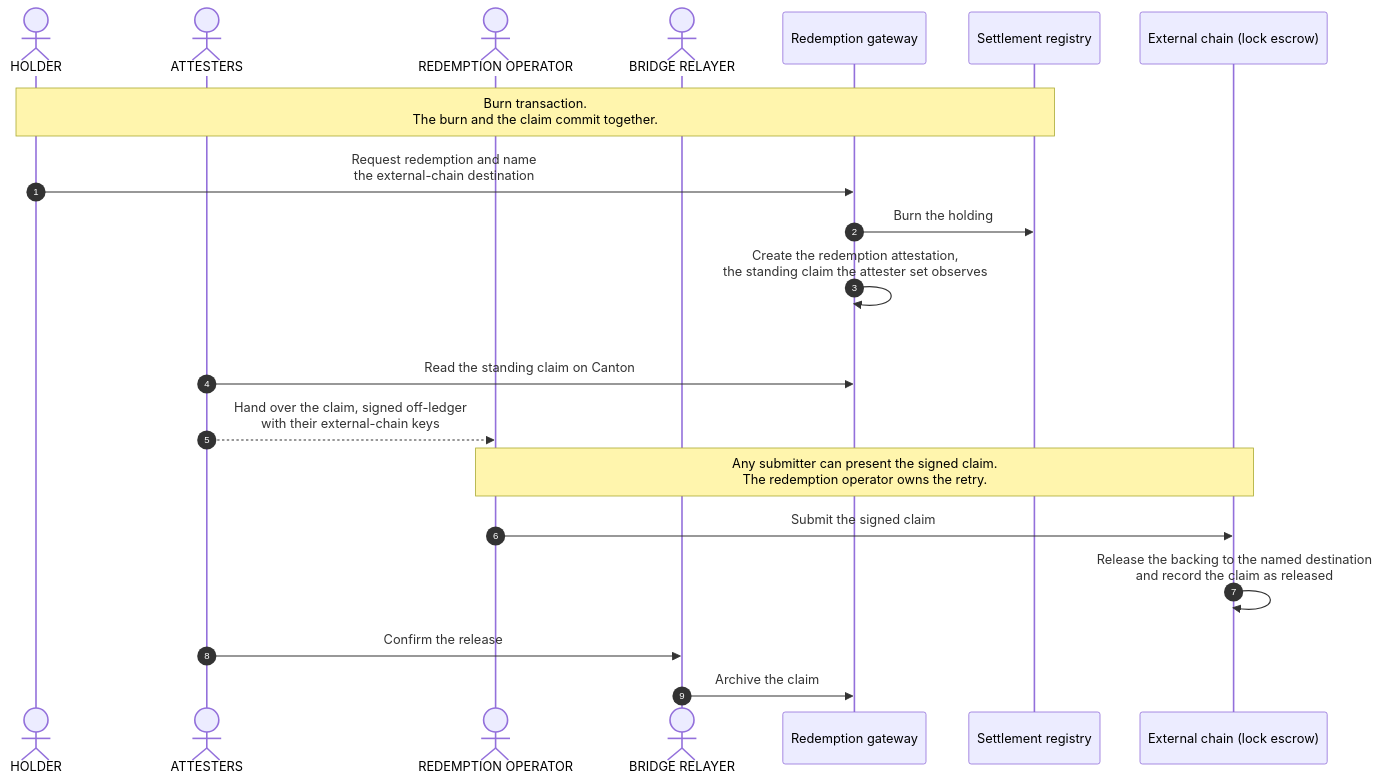
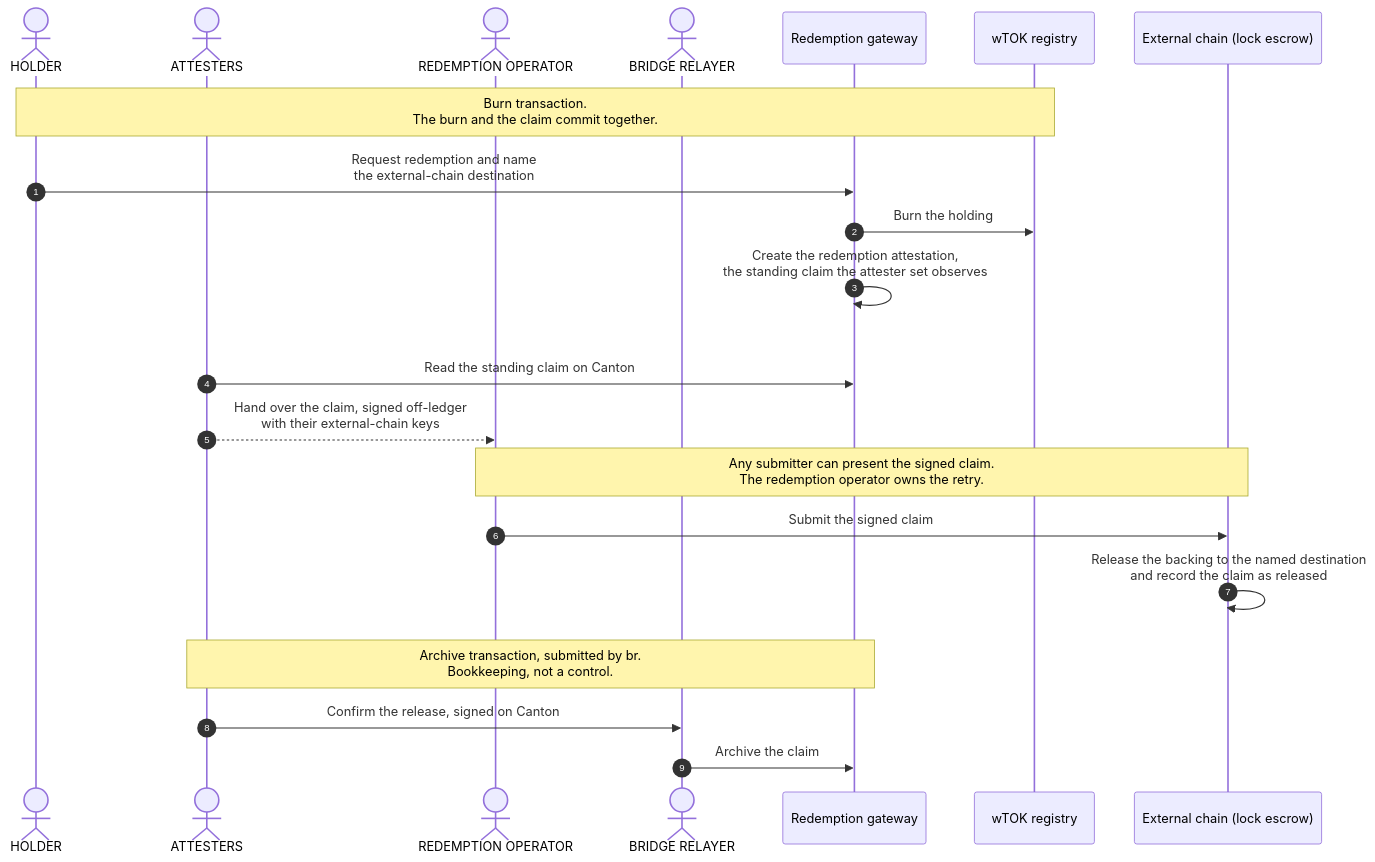
The third of 4 diagrams in docs/reference-architectures/cross-chain-stablecoin.md (OpenZeppelin/canton-specs), drawn with Mermaid before and after one commit. The commit also changed other lines of this file and 1 other file, not shown here.

````diff
--- a/docs/reference-architectures/cross-chain-stablecoin.md
+++ b/docs/reference-architectures/cross-chain-stablecoin.md
@@ -508,25 +624,28 @@
 ```mermaid
 sequenceDiagram
     autonumber
     actor Holder as HOLDER
     actor Attesters as ATTESTERS
     actor Operator as REDEMPTION OPERATOR
     actor Relayer as BRIDGE RELAYER
     participant Redeem as Redemption gateway
-    participant Registry as Settlement registry
+    participant Registry as wTOK registry
     participant Chain as External chain (lock escrow)
 
     rect rgba(255, 255, 255, .1)
         Note over Holder,Registry: Burn transaction.<br/>The burn and the claim commit together.
         Holder->>Redeem: Request redemption and name<br/>the external-chain destination
         Redeem->>Registry: Burn the holding
         Redeem->>Redeem: Create the redemption attestation,<br/>the standing claim the attester set observes
     end
     Attesters->>Redeem: Read the standing claim on Canton
     Attesters-->>Operator: Hand over the claim, signed off-ledger<br/>with their external-chain keys
     Note over Operator,Chain: Any submitter can present the signed claim.<br/>The redemption operator owns the retry.
     Operator->>Chain: Submit the signed claim
     Chain->>Chain: Release the backing to the named destination<br/>and record the claim as released
-    Attesters->>Relayer: Confirm the release
-    Relayer->>Redeem: Archive the claim
+    rect rgba(255, 255, 255, .1)
+        Note over Attesters,Redeem: Archive transaction, submitted by br.<br/>Bookkeeping, not a control.
+        Attesters->>Relayer: Confirm the release, signed on Canton
+        Relayer->>Redeem: Archive the claim
+    end
 ```
````
